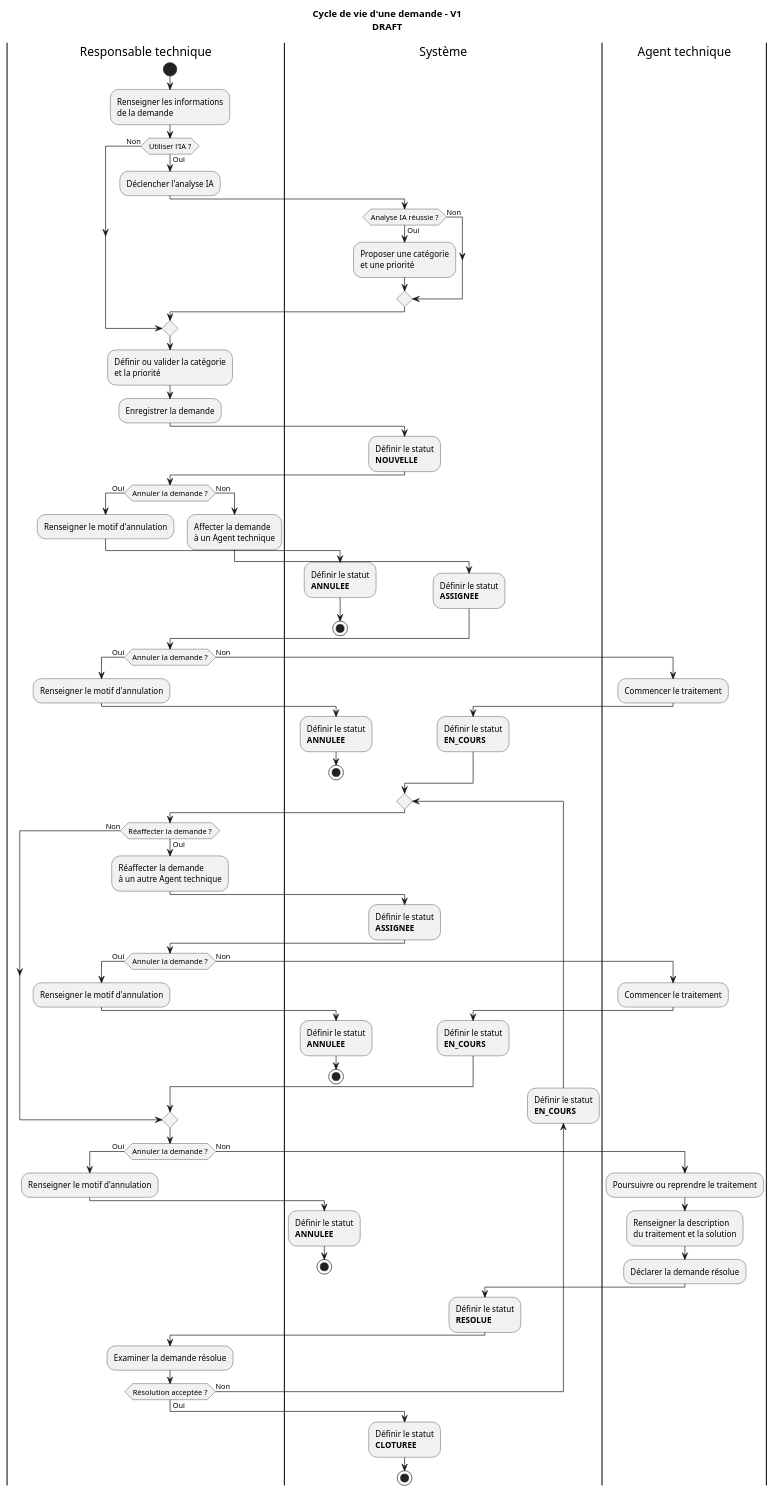
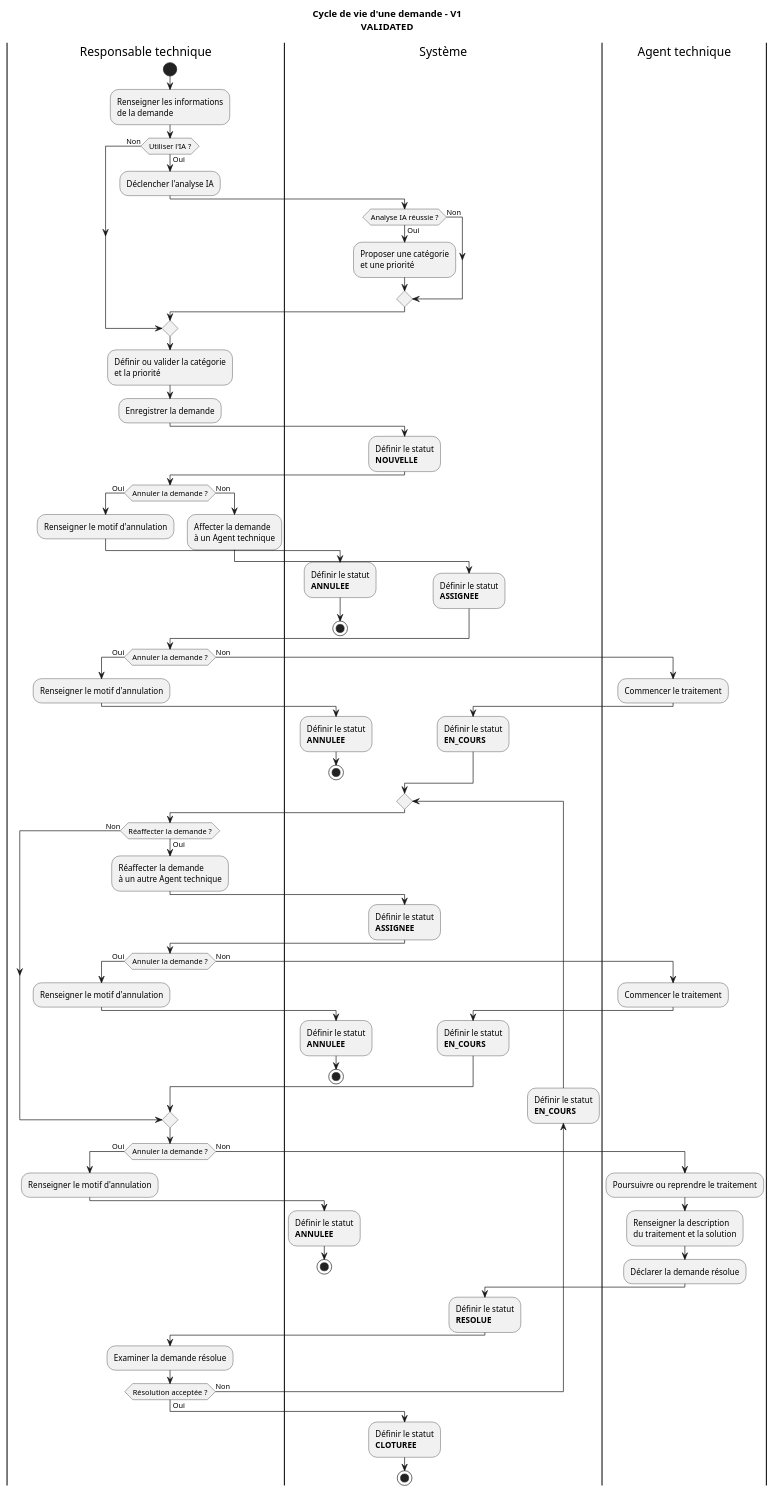
The diagram in docs/uml/activity/request-lifecycle-v1.puml (akrouty/gestion-demandes-techniques), drawn with PlantUML before and after one commit. The commit also changed 8 other files, not shown here.

```diff
--- a/docs/uml/activity/request-lifecycle-v1.puml
+++ b/docs/uml/activity/request-lifecycle-v1.puml
@@ -1,108 +1,107 @@
 @startuml
 
 ' ============================================================
 ' Diagramme d'activité - Cycle de vie d'une demande - V1
-' Statut : DRAFT
-' Ne pas considérer cette version comme finale avant validation.
+' Statut : VALIDATED
 ' ============================================================
 
-title Cycle de vie d'une demande - V1\nDRAFT
+title Cycle de vie d'une demande - V1\nVALIDATED
 
 skinparam shadowing false
 
 |Responsable technique|
 start
 :Renseigner les informations\nde la demande;
 if (Utiliser l'IA ?) then (Oui)
   :Déclencher l'analyse IA;
   |Système|
   if (Analyse IA réussie ?) then (Oui)
     :Proposer une catégorie\net une priorité;
   else (Non)
   endif
   |Responsable technique|
 else (Non)
 endif
 :Définir ou valider la catégorie\net la priorité;
 :Enregistrer la demande;
 
 |Système|
 :Définir le statut\n**NOUVELLE**;
 
 |Responsable technique|
 
 if (Annuler la demande ?) then (Oui)
   :Renseigner le motif d'annulation;
   |Système|
   :Définir le statut\n**ANNULEE**;
   stop
 else (Non)
   |Responsable technique|
   :Affecter la demande\nà un Agent technique;
   |Système|
   :Définir le statut\n**ASSIGNEE**;
 endif
 
 |Responsable technique|
 if (Annuler la demande ?) then (Oui)
   :Renseigner le motif d'annulation;
   |Système|
   :Définir le statut\n**ANNULEE**;
   stop
 else (Non)
   |Agent technique|
   :Commencer le traitement;
   |Système|
   :Définir le statut\n**EN_COURS**;
 endif
 
 repeat
   |Responsable technique|
   if (Réaffecter la demande ?) then (Oui)
     :Réaffecter la demande\nà un autre Agent technique;
     |Système|
     :Définir le statut\n**ASSIGNEE**;
 
     |Responsable technique|
     if (Annuler la demande ?) then (Oui)
       :Renseigner le motif d'annulation;
       |Système|
       :Définir le statut\n**ANNULEE**;
       stop
     else (Non)
       |Agent technique|
       :Commencer le traitement;
       |Système|
       :Définir le statut\n**EN_COURS**;
     endif
   else (Non)
   endif
 
   |Responsable technique|
   if (Annuler la demande ?) then (Oui)
     :Renseigner le motif d'annulation;
     |Système|
     :Définir le statut\n**ANNULEE**;
     stop
   else (Non)
     |Agent technique|
     :Poursuivre ou reprendre le traitement;
     :Renseigner la description\ndu traitement et la solution;
     :Déclarer la demande résolue;
     |Système|
     :Définir le statut\n**RESOLUE**;
   endif
 
   |Responsable technique|
   :Examiner la demande résolue;
 
   |Système|
   backward :Définir le statut\n**EN_COURS**;
   |Responsable technique|
 repeat while (Résolution acceptée ?) is (Non) not (Oui)
 
 |Système|
 :Définir le statut\n**CLOTUREE**;
 stop
 
 @enduml
```
